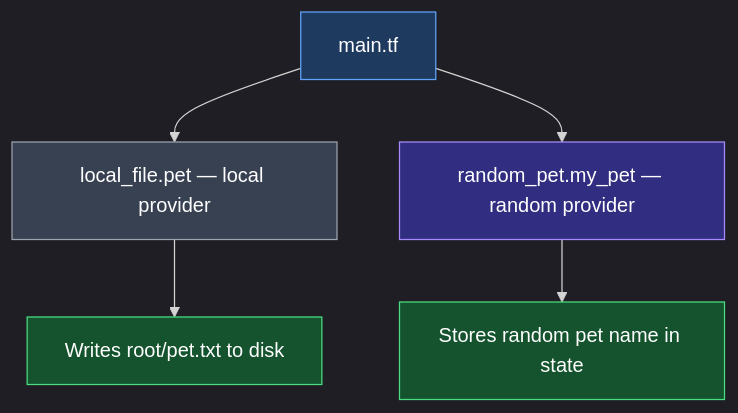
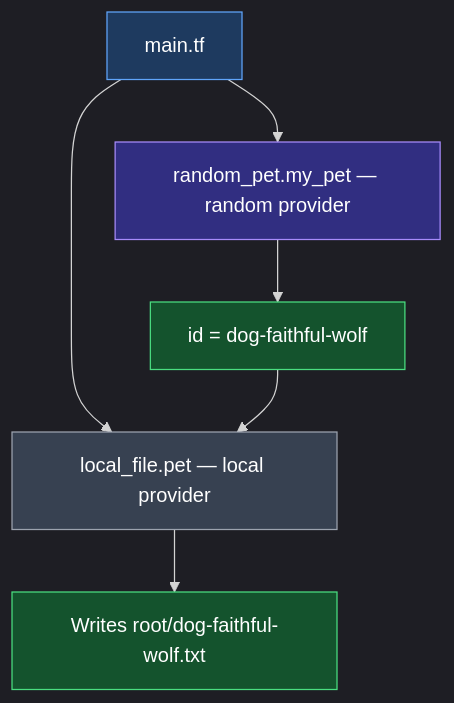
One commit to nirajp82/Terraform_Basics changed the first of 4 diagrams in 04_Core_Terraform_Basics/03_Multiple_Providers_and_Resources.md. Above: the diagram before and after it, drawn with Mermaid. The commit also changed other lines of this file, not shown here.

First line of the commit message:
Show random_pet.id referenced in local_file filename and content.

````diff
--- a/04_Core_Terraform_Basics/03_Multiple_Providers_and_Resources.md
+++ b/04_Core_Terraform_Basics/03_Multiple_Providers_and_Resources.md
@@ -25,15 +25,16 @@
 ```mermaid
 %%{init: {'theme': 'dark', 'flowchart': {'htmlLabels': true}}}%%
 flowchart TD
     MAIN["main.tf"]
+    MAIN --> RANDOM["random_pet.my_pet — random provider"]
     MAIN --> LOCAL["local_file.pet — local provider"]
-    MAIN --> RANDOM["random_pet.my_pet — random provider"]
-    LOCAL --> DISK["Writes root/pet.txt to disk"]
-    RANDOM --> STATE["Stores random pet name in state"]
+    RANDOM --> ID["id = dog-faithful-wolf"]
+    ID --> LOCAL
+    LOCAL --> DISK["Writes root/dog-faithful-wolf.txt"]
 
     style MAIN fill:#1e3a5f,stroke:#60a5fa,color:#ffffff
+    style RANDOM fill:#312e81,stroke:#a78bfa,color:#ffffff
     style LOCAL fill:#374151,stroke:#9ca3af,color:#ffffff
-    style RANDOM fill:#312e81,stroke:#a78bfa,color:#ffffff
+    style ID fill:#14532d,stroke:#4ade80,color:#ffffff
     style DISK fill:#14532d,stroke:#4ade80,color:#ffffff
-    style STATE fill:#14532d,stroke:#4ade80,color:#ffffff
 ```
````
